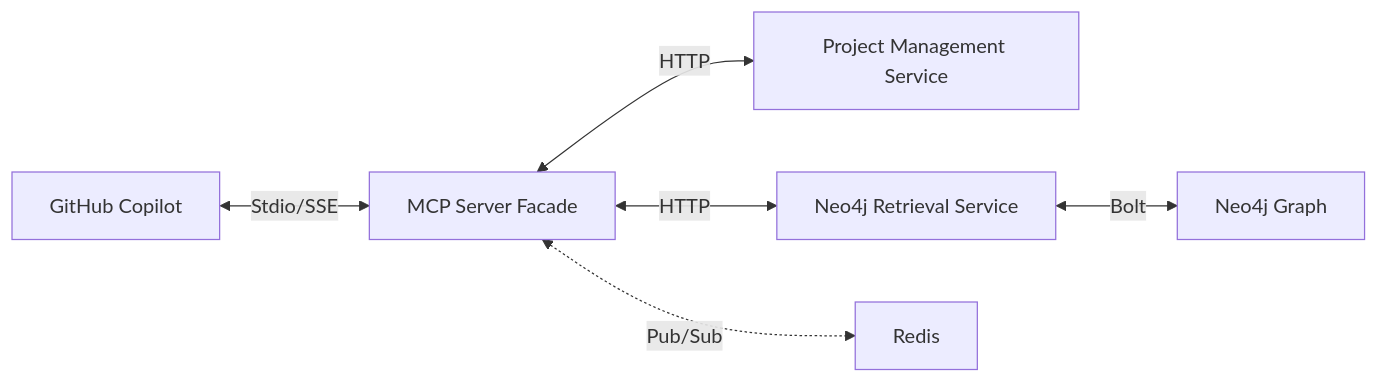
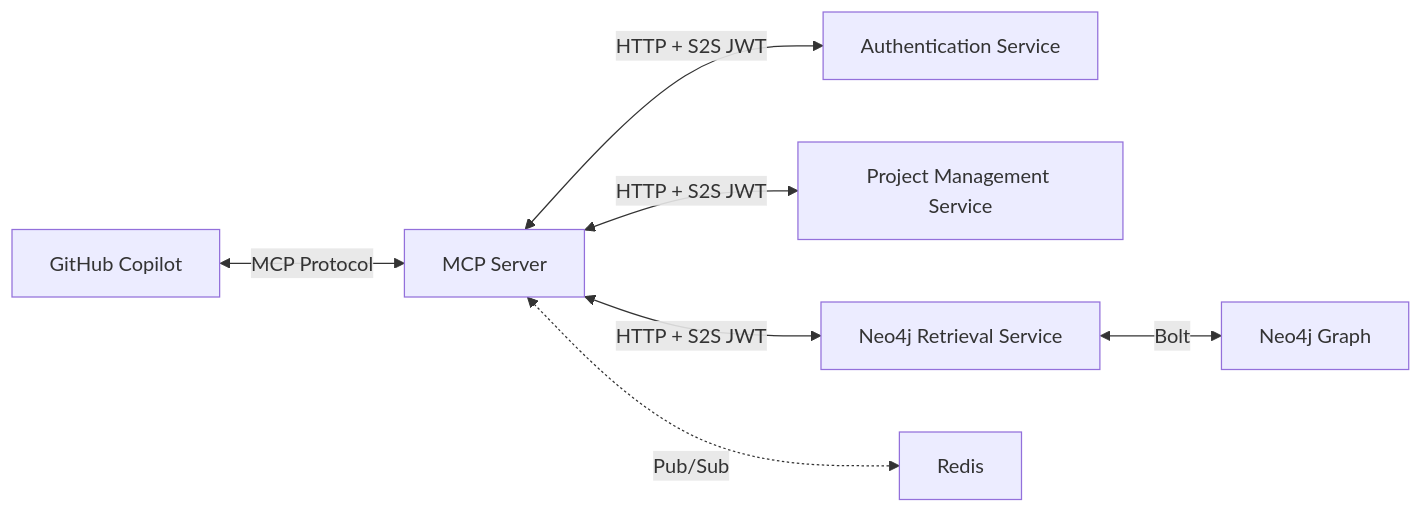
Before and after one commit to vladavilov/playground: the first of 4 diagrams in git-epic-creator/services/neo4j_retrieval_mcp_server/README.md, drawn with Mermaid. The commit also changed other lines of this file and 20 other files, not shown here.

Commit message:
implemented authentication for mcp

````diff
--- a/git-epic-creator/services/neo4j_retrieval_mcp_server/README.md
+++ b/git-epic-creator/services/neo4j_retrieval_mcp_server/README.md
@@ -9,8 +9,9 @@
 ```mermaid
 flowchart LR
-    Copilot[GitHub Copilot] <-->|Stdio/SSE| MCPServer[MCP Server Facade]
-    MCPServer <-->|HTTP| PMS[Project Management Service]
-    MCPServer <-->|HTTP| Retrieval[Neo4j Retrieval Service]
+    Copilot[GitHub Copilot] <-->|MCP Protocol| MCPServer[MCP Server]
+    MCPServer <-->|HTTP + S2S JWT| AuthService[Authentication Service]
+    MCPServer <-->|HTTP + S2S JWT| PMS[Project Management Service]
+    MCPServer <-->|HTTP + S2S JWT| Retrieval[Neo4j Retrieval Service]
     MCPServer <-.->|Pub/Sub| Redis[Redis]
     Retrieval <-->|Bolt| Neo4j[Neo4j Graph]
 ```
````
